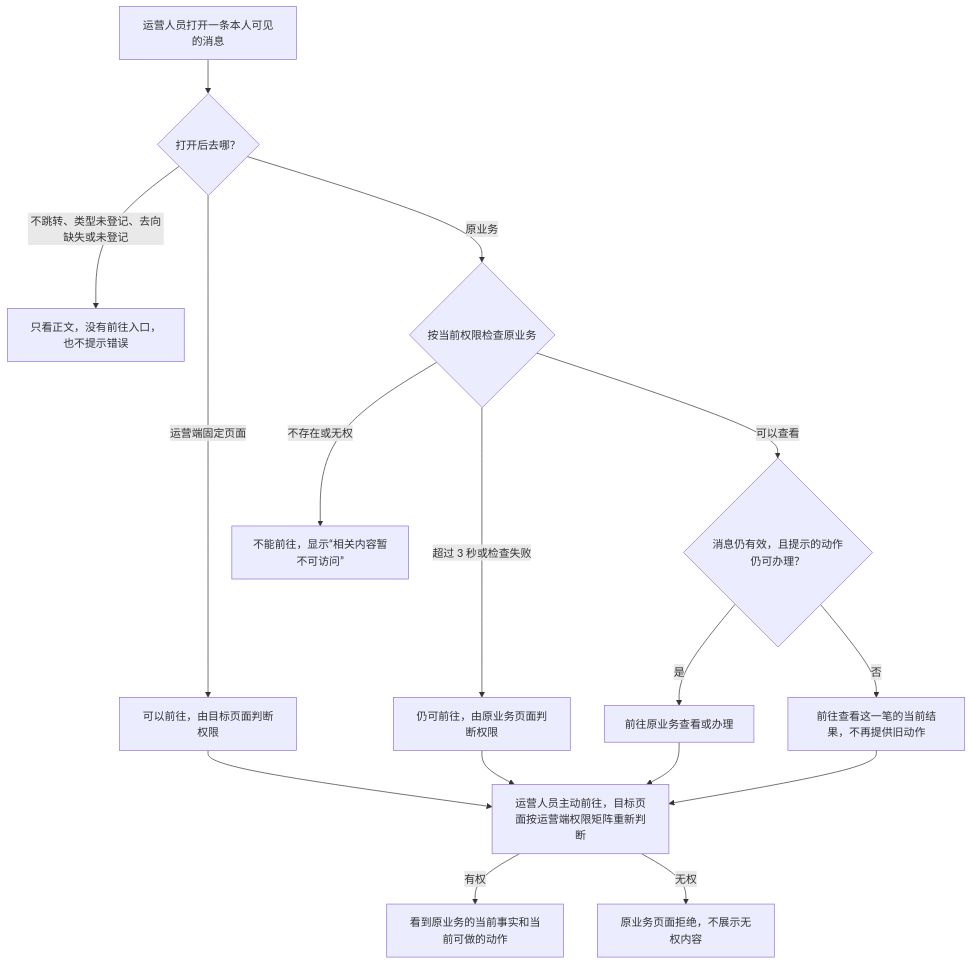
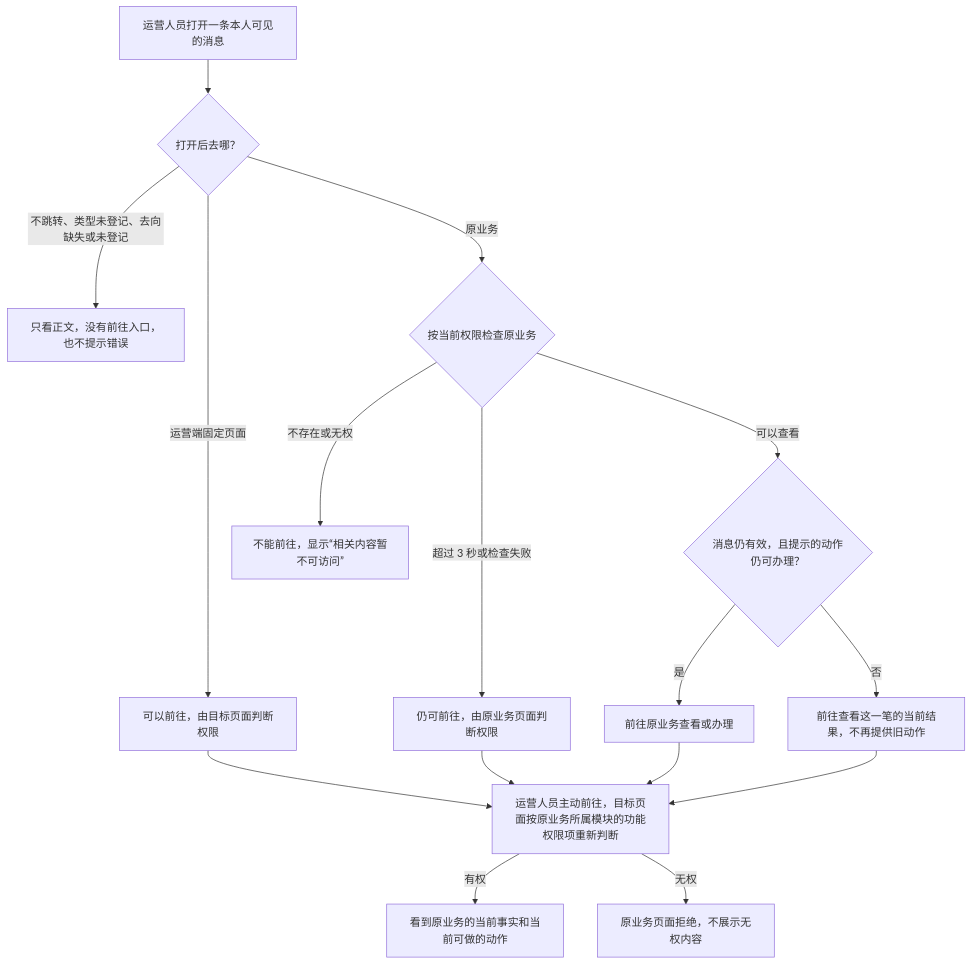
One commit to wxblockchain/Chain-Financing changed the third of 7 diagrams in lending-platform/PRD/运营端/07-运营端消息通知/02-运营端消息通知-流程图与状态机.md. Above: the diagram before and after it, drawn with Mermaid. The commit also changed other lines of this file and 49 other files, not shown here.

````diff
--- a/lending-platform/PRD/运营端/07-运营端消息通知/02-运营端消息通知-流程图与状态机.md
+++ b/lending-platform/PRD/运营端/07-运营端消息通知/02-运营端消息通知-流程图与状态机.md
@@ -71,18 +71,18 @@
 ```mermaid
 flowchart TD
     A["运营人员打开一条本人可见的消息"] --> B{"打开后去哪？"}
     B -->|不跳转、类型未登记、去向缺失或未登记| C["只看正文，没有前往入口，也不提示错误"]
     B -->|运营端固定页面| D["可以前往，由目标页面判断权限"]
     B -->|原业务| E{"按当前权限检查原业务"}
     E -->|不存在或无权| F["不能前往，显示“相关内容暂不可访问”"]
     E -->|超过 3 秒或检查失败| G["仍可前往，由原业务页面判断权限"]
     E -->|可以查看| H{"消息仍有效，且提示的动作仍可办理？"}
     H -->|是| I["前往原业务查看或办理"]
     H -->|否| J["前往查看这一笔的当前结果，不再提供旧动作"]
-    D --> K["运营人员主动前往，目标页面按运营端权限矩阵重新判断"]
+    D --> K["运营人员主动前往，目标页面按原业务所属模块的功能权限项重新判断"]
     G --> K
     I --> K
     J --> K
     K -->|有权| L["看到原业务的当前事实和当前可做的动作"]
     K -->|无权| M["原业务页面拒绝，不展示无权内容"]
 ```
````
